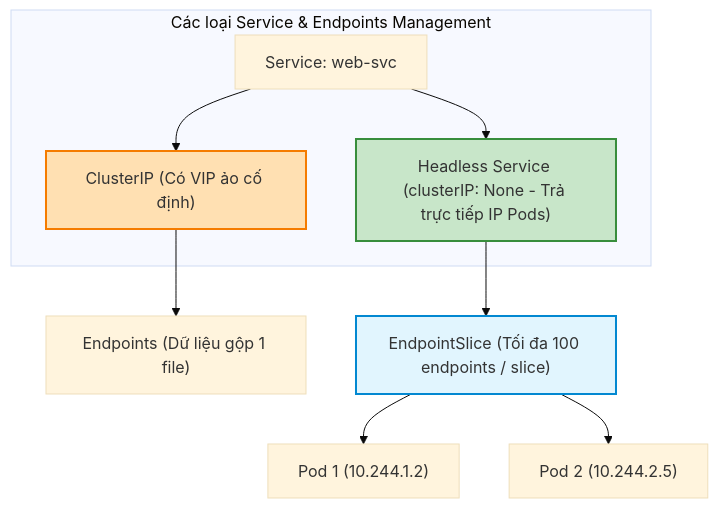
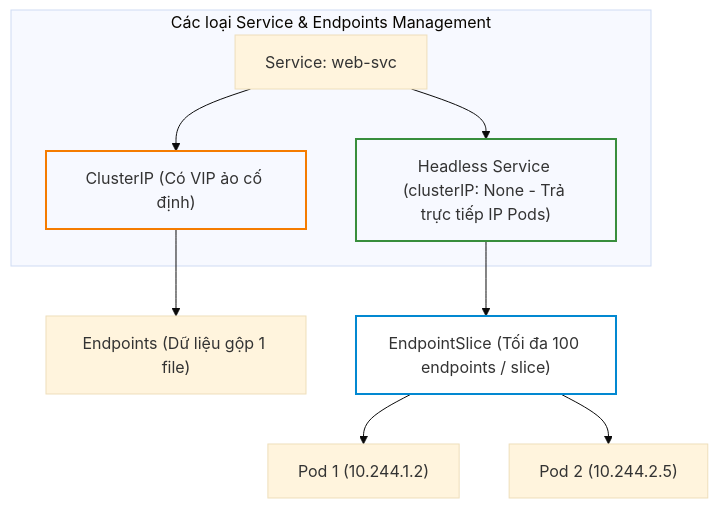
One commit to kiennt308/ntk changed the first of 3 diagrams in _posts/2026-09-12-cka-22-22-service-va-kube-proxy.md. Above: the diagram before and after it, drawn with Mermaid (base theme). The commit also changed other lines of this file and 207 other files, not shown here.

Commit message:
feat(posts): batch standardize all 208 posts with TL;DR, qa-card accordion, fill:none mermaid, and liquid raw wrappers

````diff
--- a/_posts/2026-09-12-cka-22-22-service-va-kube-proxy.md
+++ b/_posts/2026-09-12-cka-22-22-service-va-kube-proxy.md
@@ -169,17 +173,17 @@
 ```mermaid
 graph TD
     subgraph Service_Types ["Các loại Service & Endpoints Management"]
         SVC["Service: web-svc"] --> CLUSTER_IP["ClusterIP (Có VIP ảo cố định)"]
         SVC --> HEADLESS["Headless Service (clusterIP: None - Trả trực tiếp IP Pods)"]
     end
 
     CLUSTER_IP --> EPS_TRAD["Endpoints (Dữ liệu gộp 1 file)"]
     HEADLESS --> EPS_SLICE["EndpointSlice (Tối đa 100 endpoints / slice)"]
 
     EPS_SLICE --> POD1["Pod 1 (10.244.1.2)"]
     EPS_SLICE --> POD2["Pod 2 (10.244.2.5)"]
 
-    style CLUSTER_IP fill:#ffe0b2,stroke:#f57c00,stroke-width:2px
-    style HEADLESS fill:#c8e6c9,stroke:#388e3c,stroke-width:2px
-    style EPS_SLICE fill:#e1f5fe,stroke:#0288d1,stroke-width:2px
+    style CLUSTER_IP fill:none,stroke:#f57c00,stroke-width:2px
+    style HEADLESS fill:none,stroke:#388e3c,stroke-width:2px
+    style EPS_SLICE fill:none,stroke:#0288d1,stroke-width:2px
 ```
````
